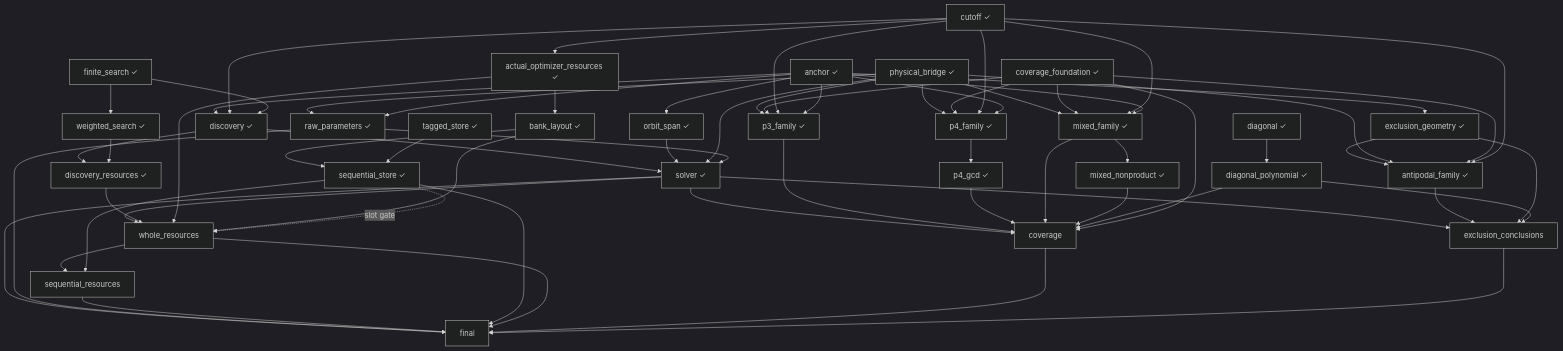
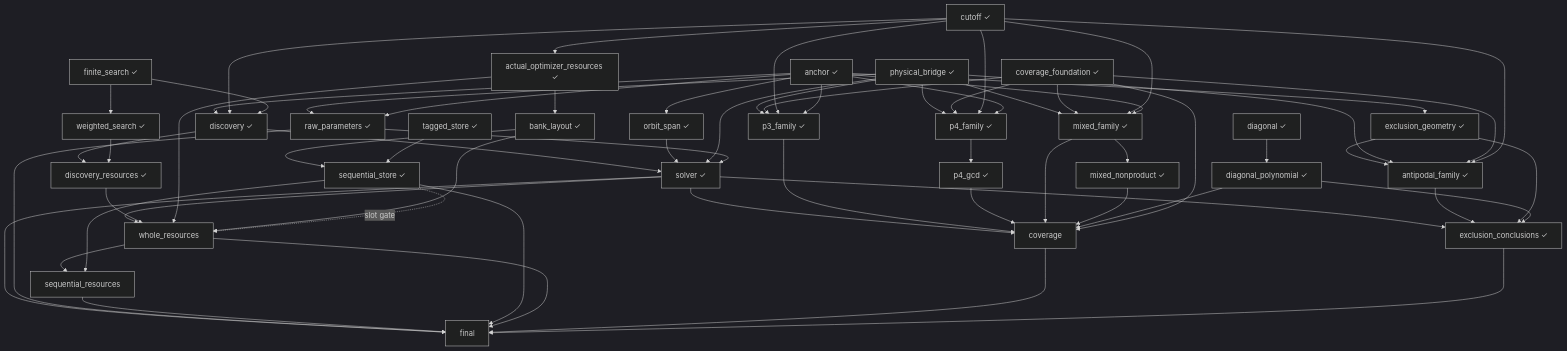
Before and after one commit to humanfia/science-mango: the diagram in pipelines/quantum_formalize/examples/m8/GRAPH.md, drawn with Mermaid (dark theme). The commit also changed 341 other files, not shown here.

Commit message:
Accept original M8 exclusion conclusions and harden root export verification

```diff
--- a/pipelines/quantum_formalize/examples/m8/GRAPH.md
+++ b/pipelines/quantum_formalize/examples/m8/GRAPH.md
@@ -28,7 +28,7 @@
   mixed_nonproduct --> coverage
   diagonal_polynomial --> coverage
   coverage_foundation --> coverage
-  exclusion_conclusions["exclusion_conclusions"]
+  exclusion_conclusions["exclusion_conclusions ✓"]
   solver --> exclusion_conclusions
   antipodal_family --> exclusion_conclusions
   exclusion_geometry --> exclusion_conclusions
```
